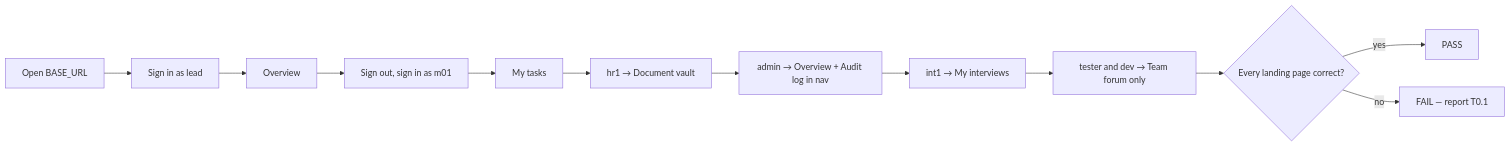
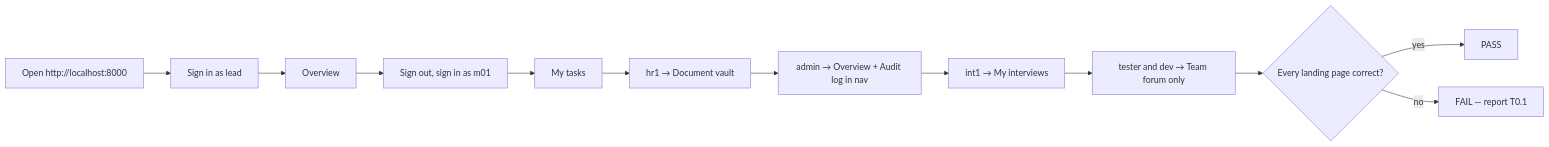
One commit to DeepxD-code/LeadDesk changed the second of 39 diagrams in docs/TESTER_GUIDE.md. Above: the diagram before and after it, drawn with Mermaid. The commit also changed other lines of this file and 1 other file, not shown here.

````diff
--- a/docs/TESTER_GUIDE.md
+++ b/docs/TESTER_GUIDE.md
@@ -193,14 +135,14 @@
 ```mermaid
 flowchart LR
-  A["Open BASE_URL"] --> B["Sign in as lead"]
+  A["Open http://localhost:8000"] --> B["Sign in as lead"]
   B --> C["Overview"]
   C --> D["Sign out, sign in as m01"]
   D --> E["My tasks"]
   E --> F["hr1 → Document vault"]
   F --> G["admin → Overview + Audit log in nav"]
   G --> H["int1 → My interviews"]
   H --> I["tester and dev → Team forum only"]
   I --> J{"Every landing page correct?"}
   J -->|yes| P[PASS]
   J -->|no| X["FAIL — report T0.1"]
 ```
````
